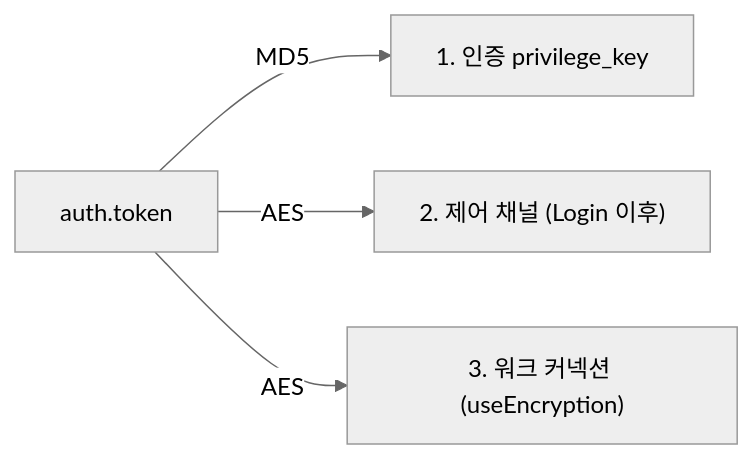
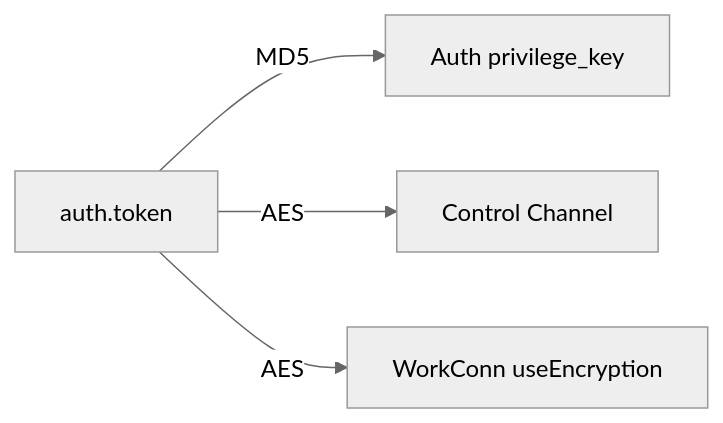
One commit to cagojeiger/drp changed the third of 6 diagrams in docs/architecture/protocol-layer.md. Above: the diagram before and after it, drawn with Mermaid (neutral theme). The commit also changed other lines of this file and 3 other files, not shown here.

First line of the commit message:
fix(docs): rewrite all Mermaid diagrams for VS Code compatibility

````diff
--- a/docs/architecture/protocol-layer.md
+++ b/docs/architecture/protocol-layer.md
@@ -77,8 +77,8 @@
 ```mermaid
 graph LR
-    Token[auth.token]
+    Token["auth.token"]
 
-    Token -->|MD5| Auth["1. 인증 privilege_key"]
-    Token -->|AES| Ctrl2["2. 제어 채널 (Login 이후)"]
-    Token -->|AES| Work["3. 워크 커넥션 (useEncryption)"]
+    Token -->|"MD5"| Auth["Auth privilege_key"]
+    Token -->|"AES"| Ctrl2["Control Channel"]
+    Token -->|"AES"| Work["WorkConn useEncryption"]
 ```
````
